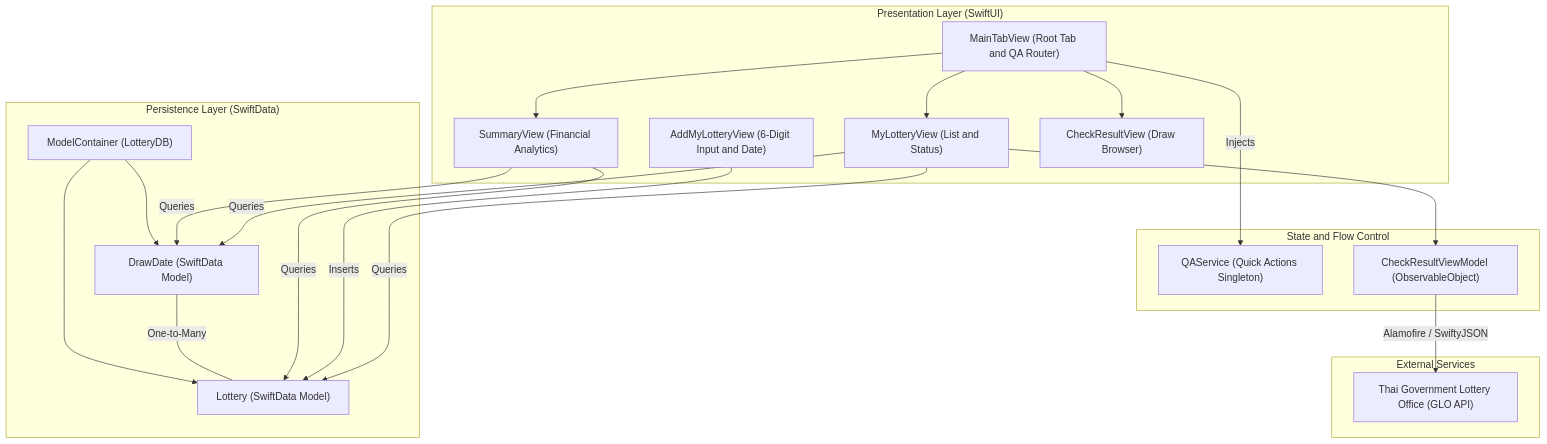
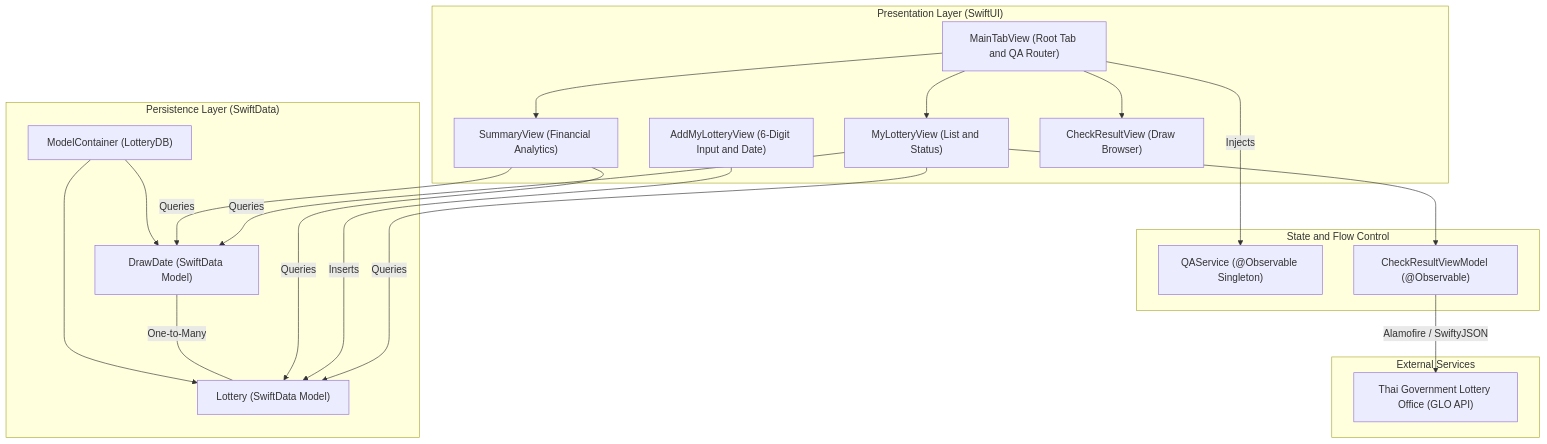
Before and after one commit to mmmmmob/lotto-journal: the first of 3 diagrams in Lotto Journal/ARCHITECTURE.md, drawn with Mermaid. The commit also changed other lines of this file and 1 other file, not shown here.

Commit message:
docs: update readme and architecture md

````diff
--- a/Lotto Journal/ARCHITECTURE.md
+++ b/Lotto Journal/ARCHITECTURE.md
@@ -11,42 +11,42 @@
 ```mermaid
 flowchart TD
     subgraph UI ["Presentation Layer (SwiftUI)"]
         MainTabView["MainTabView (Root Tab and QA Router)"]
         MyLotteryView["MyLotteryView (List and Status)"]
         AddMyLotteryView["AddMyLotteryView (6-Digit Input and Date)"]
         SummaryView["SummaryView (Financial Analytics)"]
         CheckResultView["CheckResultView (Draw Browser)"]
     end
 
     subgraph State ["State and Flow Control"]
-        QAService["QAService (Quick Actions Singleton)"]
-        CheckResultVM["CheckResultViewModel (ObservableObject)"]
+        QAService["QAService (@Observable Singleton)"]
+        CheckResultVM["CheckResultViewModel (@Observable)"]
     end
 
     subgraph Persistence ["Persistence Layer (SwiftData)"]
         ModelContainer["ModelContainer (LotteryDB)"]
         DrawDate["DrawDate (SwiftData Model)"]
         Lottery["Lottery (SwiftData Model)"]
     end
 
     subgraph External ["External Services"]
         GLO["Thai Government Lottery Office (GLO API)"]
     end
 
     MainTabView -->|Injects| QAService
     MainTabView --> MyLotteryView
     MainTabView --> SummaryView
     MainTabView --> CheckResultView
 
     MyLotteryView -->|Queries| DrawDate
     MyLotteryView -->|Queries| Lottery
     MyLotteryView --> CheckResultVM
     AddMyLotteryView -->|Inserts| Lottery
     SummaryView -->|Queries| DrawDate
     SummaryView -->|Queries| Lottery
 
     CheckResultVM -->|Alamofire / SwiftyJSON| GLO
     DrawDate ---|One-to-Many| Lottery
     ModelContainer --> DrawDate
     ModelContainer --> Lottery
 ```
````
